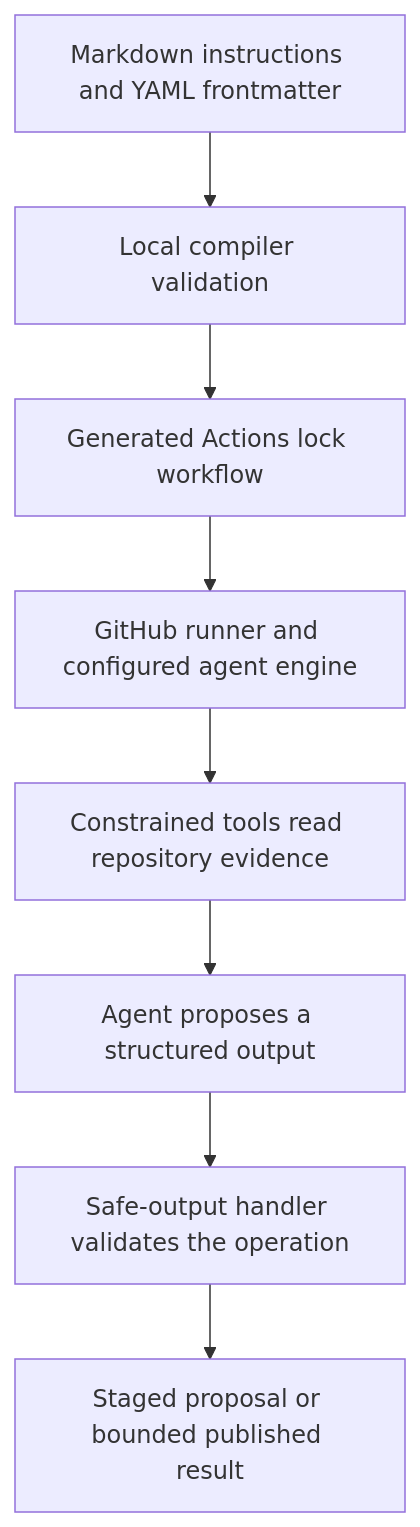
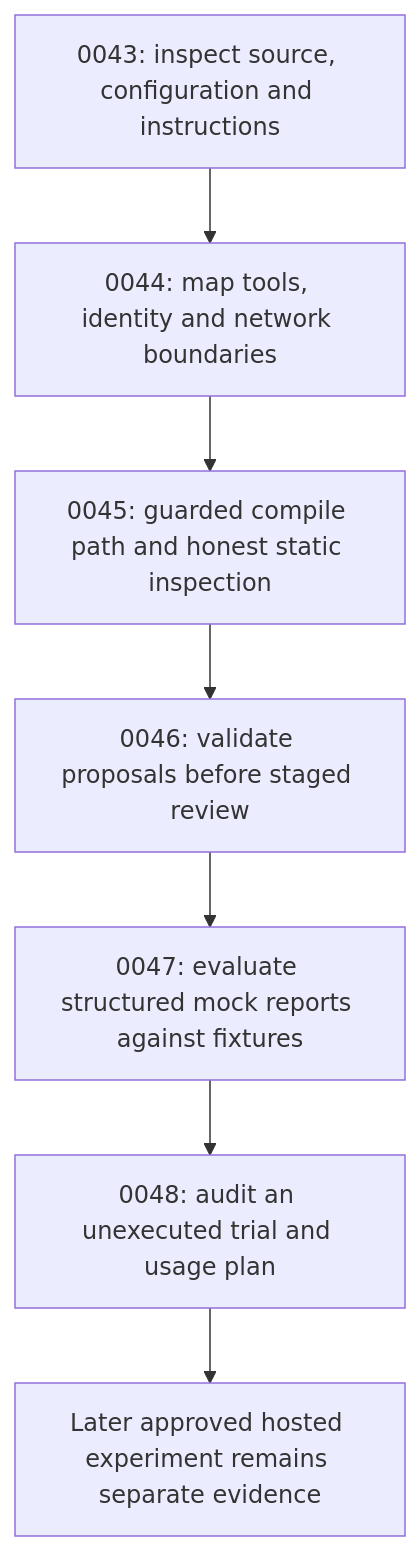
Before and after one commit to Rohit1024/actions-learn: the diagram in docs/lessons/agentic-workflows.md, drawn with Mermaid. The commit also changed other lines of this file and 206 other files, not shown here.

````diff
--- a/docs/lessons/agentic-workflows.md
+++ b/docs/lessons/agentic-workflows.md
@@ -11,10 +13,9 @@
 ```mermaid
 flowchart TD
-    Source["Markdown instructions and YAML frontmatter"] --> Compile["Local compiler validation"]
-    Compile --> Lock["Generated Actions lock workflow"]
-    Lock --> Runner["GitHub runner and configured agent engine"]
-    Runner --> Tools["Constrained tools read repository evidence"]
-    Tools --> Proposal["Agent proposes a structured output"]
-    Proposal --> Handler["Safe-output handler validates the operation"]
-    Handler --> Review["Staged proposal or bounded published result"]
+    Source["0043: inspect source, configuration and instructions"] --> Capability["0044: map tools, identity and network boundaries"]
+    Capability --> Compile["0045: guarded compile path and honest static inspection"]
+    Compile --> Output["0046: validate proposals before staged review"]
+    Output --> Rubric["0047: evaluate structured mock reports against fixtures"]
+    Rubric --> Plan["0048: audit an unexecuted trial and usage plan"]
+    Plan --> Later["Later approved hosted experiment remains separate evidence"]
 ```
````
